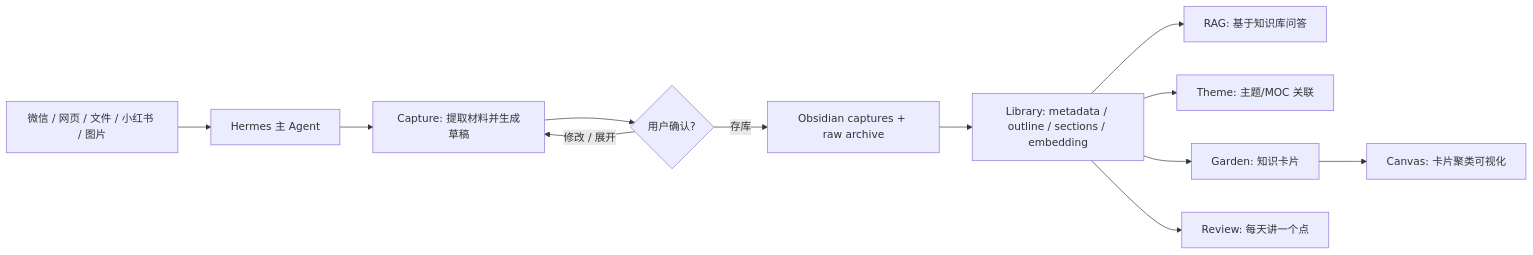
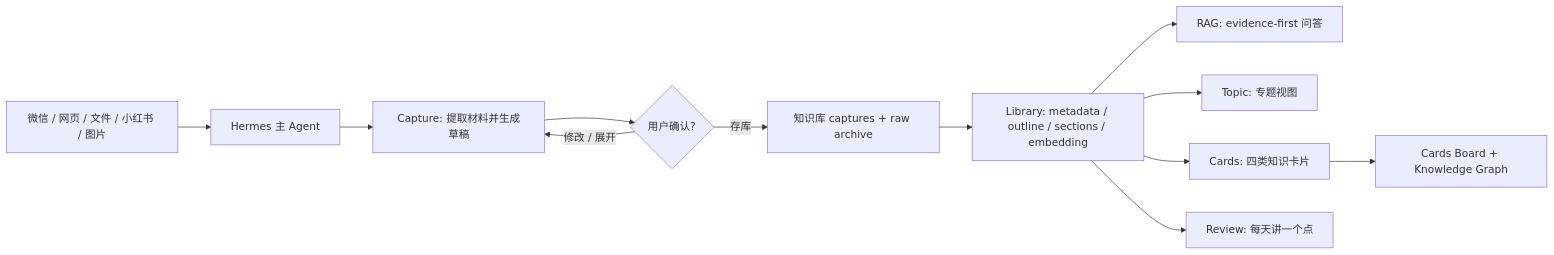
Before and after one commit to pipi-HST/hermes-custom: the diagram in docs/portfolio/hermes-knowledge-interview-product-brief-2026-06-04.md, drawn with Mermaid. The commit also changed other lines of this file and 45 other files, not shown here.

First line of the commit message:
feat(knowledge): evidence-first retrieval, card vectors, and draft review

````diff
--- a/docs/portfolio/hermes-knowledge-interview-product-brief-2026-06-04.md
+++ b/docs/portfolio/hermes-knowledge-interview-product-brief-2026-06-04.md
@@ -28,14 +28,14 @@
 ```mermaid
 flowchart LR
     A["微信 / 网页 / 文件 / 小红书 / 图片"] --> B["Hermes 主 Agent"]
     B --> C["Capture: 提取材料并生成草稿"]
     C --> D{"用户确认?"}
     D -- "修改 / 展开" --> C
-    D -- "存库" --> E["Obsidian captures + raw archive"]
+    D -- "存库" --> E["知识库 captures + raw archive"]
     E --> F["Library: metadata / outline / sections / embedding"]
-    F --> G["RAG: 基于知识库问答"]
-    F --> H["Theme: 主题/MOC 关联"]
-    F --> I["Garden: 知识卡片"]
-    I --> J["Canvas: 卡片聚类可视化"]
+    F --> G["RAG: evidence-first 问答"]
+    F --> H["Topic: 专题视图"]
+    F --> I["Cards: 四类知识卡片"]
+    I --> J["Cards Board + Knowledge Graph"]
     F --> K["Review: 每天讲一个点"]
 ```
````
